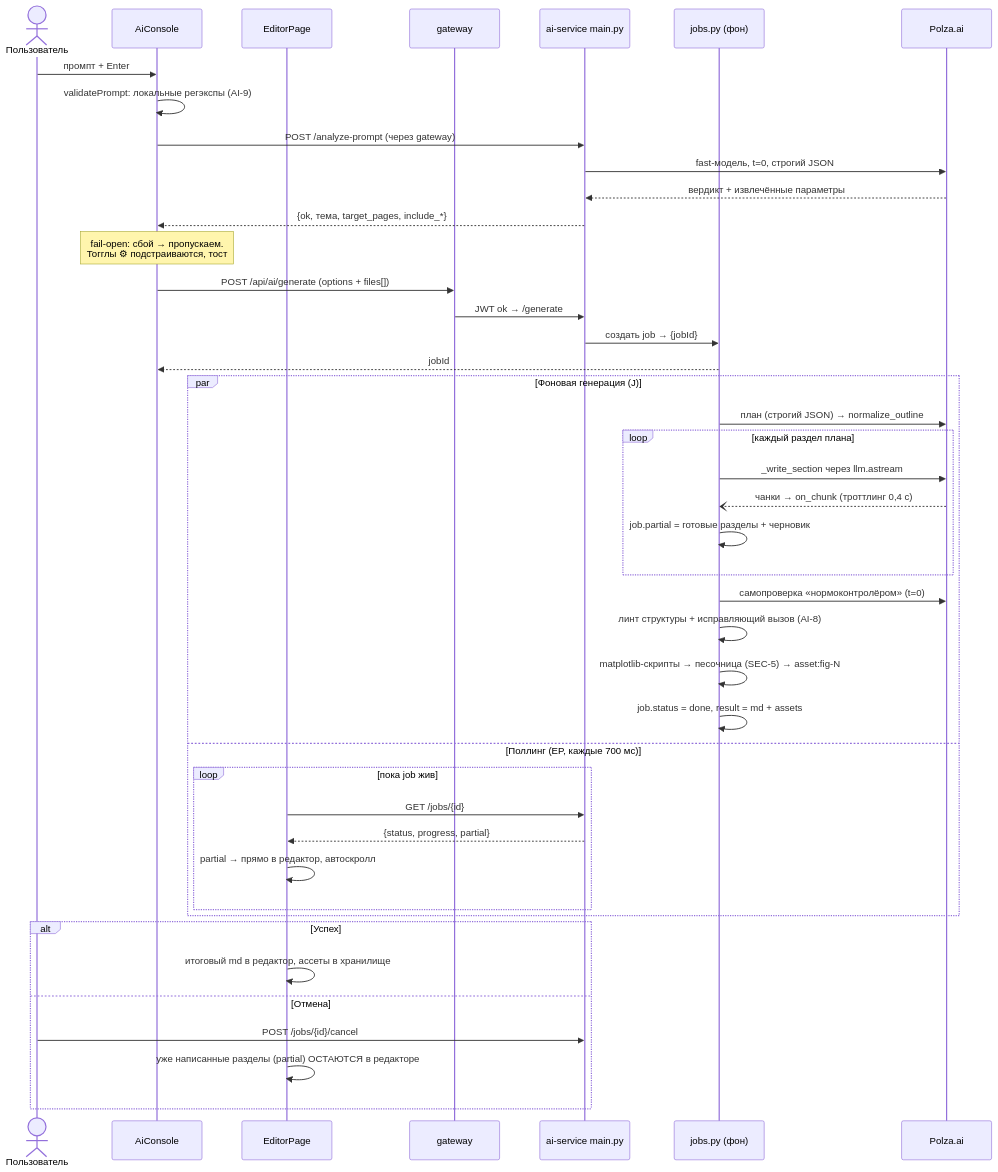
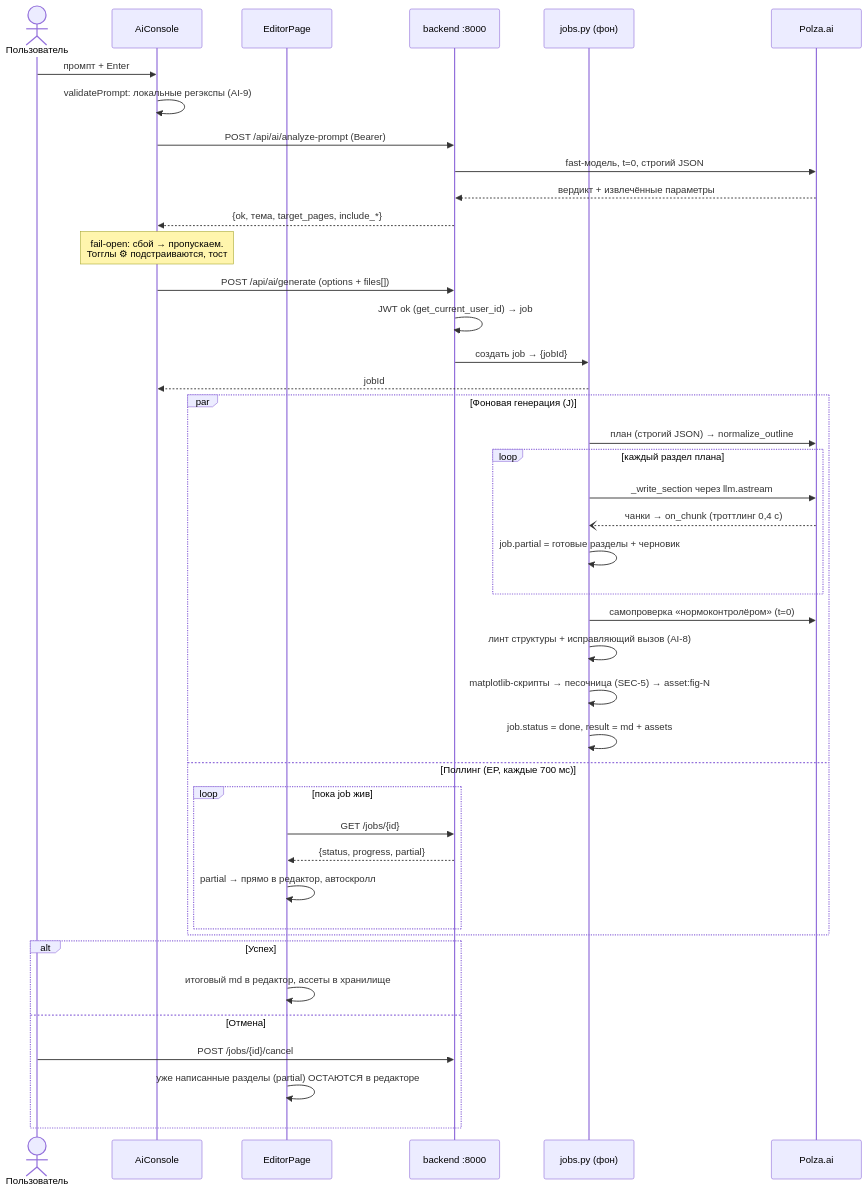
Before and after one commit to alexdarenkov/CourseWorkMaker: the diagram in docs/architecture/flows/ai-generation.md, drawn with Mermaid. The commit also changed 132 other files, not shown here.

````diff
--- a/docs/architecture/flows/ai-generation.md
+++ b/docs/architecture/flows/ai-generation.md
@@ -7,48 +7,47 @@
 ```mermaid
 sequenceDiagram
   actor U as Пользователь
   participant AC as AiConsole
   participant EP as EditorPage
-  participant G as gateway
-  participant M as ai-service main.py
+  participant M as backend :8000
   participant J as jobs.py (фон)
   participant LLM as Polza.ai
 
   U->>AC: промпт + Enter
   AC->>AC: validatePrompt: локальные регэкспы (AI-9)
-  AC->>M: POST /analyze-prompt (через gateway)
+  AC->>M: POST /api/ai/analyze-prompt (Bearer)
   M->>LLM: fast-модель, t=0, строгий JSON
   LLM-->>M: вердикт + извлечённые параметры
   M-->>AC: {ok, тема, target_pages, include_*}
   Note over AC: fail-open: сбой → пропускаем.<br/>Тогглы ⚙ подстраиваются, тост
-  AC->>G: POST /api/ai/generate (options + files[])
-  G->>M: JWT ok → /generate
+  AC->>M: POST /api/ai/generate (options + files[])
+  M->>M: JWT ok (get_current_user_id) → job
   M->>J: создать job → {jobId}
   J-->>AC: jobId
 
   par Фоновая генерация (J)
     J->>LLM: план (строгий JSON) → normalize_outline
     loop каждый раздел плана
       J->>LLM: _write_section через llm.astream
       LLM--)J: чанки → on_chunk (троттлинг 0,4 с)
       J->>J: job.partial = готовые разделы + черновик
     end
     J->>LLM: самопроверка «нормоконтролёром» (t=0)
     J->>J: линт структуры + исправляющий вызов (AI-8)
     J->>J: matplotlib-скрипты → песочница (SEC-5) → asset:fig-N
     J->>J: job.status = done, result = md + assets
   and Поллинг (EP, каждые 700 мс)
     loop пока job жив
       EP->>M: GET /jobs/{id}
       M-->>EP: {status, progress, partial}
       EP->>EP: partial → прямо в редактор, автоскролл
     end
   end
 
   alt Успех
     EP->>EP: итоговый md в редактор, ассеты в хранилище
   else Отмена
     U->>M: POST /jobs/{id}/cancel
     EP->>EP: уже написанные разделы (partial) ОСТАЮТСЯ в редакторе
   end
 ```
````
